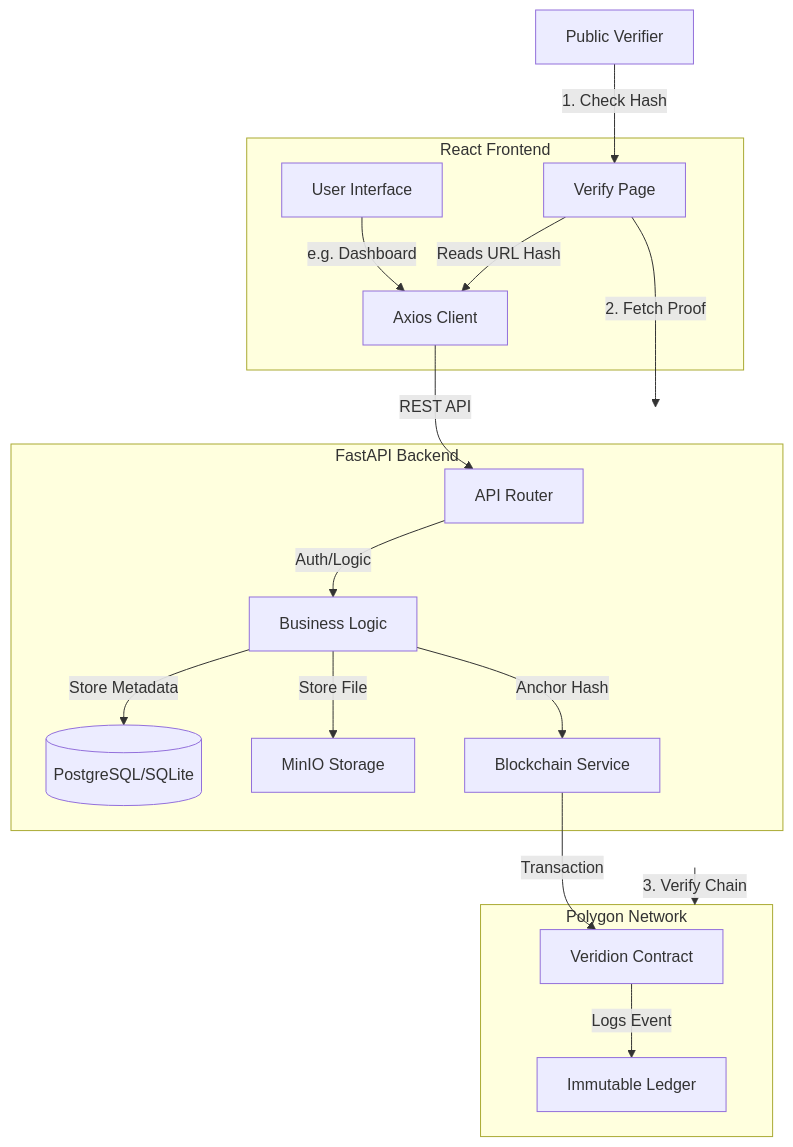
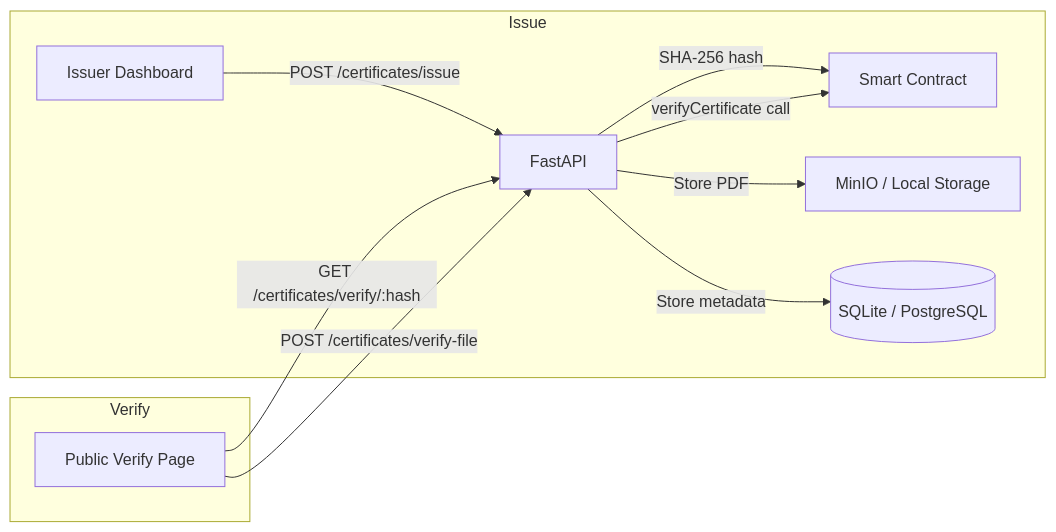
The diagram in README.md (TanmoyFRu/Blockchain-Certificate-Verifier), drawn with Mermaid before and after one commit. The commit also changed other lines of this file, not shown here.

Commit message:
Update project documentation with architecture and setup details

````diff
--- a/README.md
+++ b/README.md
@@ -79,24 +39,15 @@
 ```mermaid
-graph TD
-    subgraph Frontend [React Frontend]
-        UI[User Interface] -->|e.g. Dashboard| API_Client[Axios Client]
-        Verify_Page[Verify Page] -->|Reads URL Hash| API_Client
+graph LR
+    subgraph Issue
+        A[Issuer Dashboard] -->|POST /certificates/issue| B[FastAPI]
+        B -->|SHA-256 hash| C[Smart Contract]
+        B -->|Store PDF| D[MinIO / Local Storage]
+        B -->|Store metadata| E[(SQLite / PostgreSQL)]
     end
 
-    subgraph Backend [FastAPI Backend]
-        API_Client -->|REST API| Router[API Router]
-        Router -->|Auth/Logic| Controller[Business Logic]
-        Controller -->|Store Metadata| DB[(PostgreSQL/SQLite)]
-        Controller -->|Store File| MinIO[MinIO Storage]
-        Controller -->|Anchor Hash| Blockchain_Service[Blockchain Service]
+    subgraph Verify
+        F[Public Verify Page] -->|GET /certificates/verify/:hash| B
+        F -->|POST /certificates/verify-file| B
+        B -->|verifyCertificate call| C
     end
-
-    subgraph Blockchain [Polygon Network]
-        Blockchain_Service -->|Transaction| Smart_Contract[Veridion Contract]
-        Smart_Contract -->|Logs Event| Public_Ledger[Immutable Ledger]
-    end
-
-    Verifier[Public Verifier] -->|1. Check Hash| Verify_Page
-    Verify_Page -->|2. Fetch Proof| Backend
-    Backend -->|3. Verify Chain| Blockchain
 ```
````
